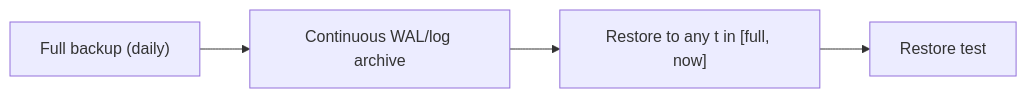
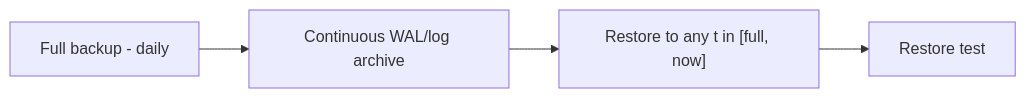
Before and after one commit to RIT-MESH/system-design-mastery: the second of 2 diagrams in docs/03-data-storage/06-migrations-backups.md, drawn with Mermaid. The commit also changed other lines of this file and 139 other files, not shown here.

First line of the commit message:
Fix Mermaid parse errors: replace parentheses in node labels across 140 files

````diff
--- a/docs/03-data-storage/06-migrations-backups.md
+++ b/docs/03-data-storage/06-migrations-backups.md
@@ -40,7 +40,7 @@
 ```mermaid
 %% created-for: system-design-mastery
 flowchart LR
-  Full["Full backup (daily)"] --> Logs["Continuous WAL/log archive"]
+  Full["Full backup - daily"] --> Logs["Continuous WAL/log archive"]
   Logs --> R["Restore to any t in [full, now]"]
   R --> Validate["Restore test"]
 ```
````
